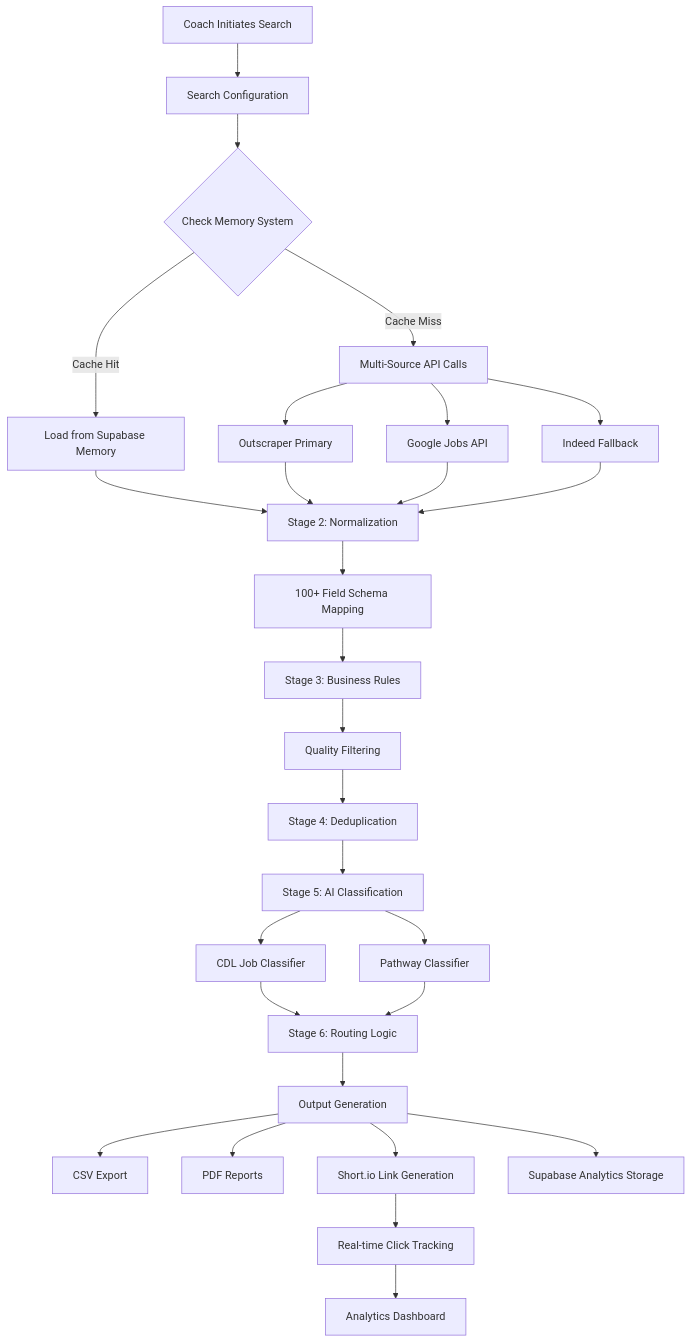
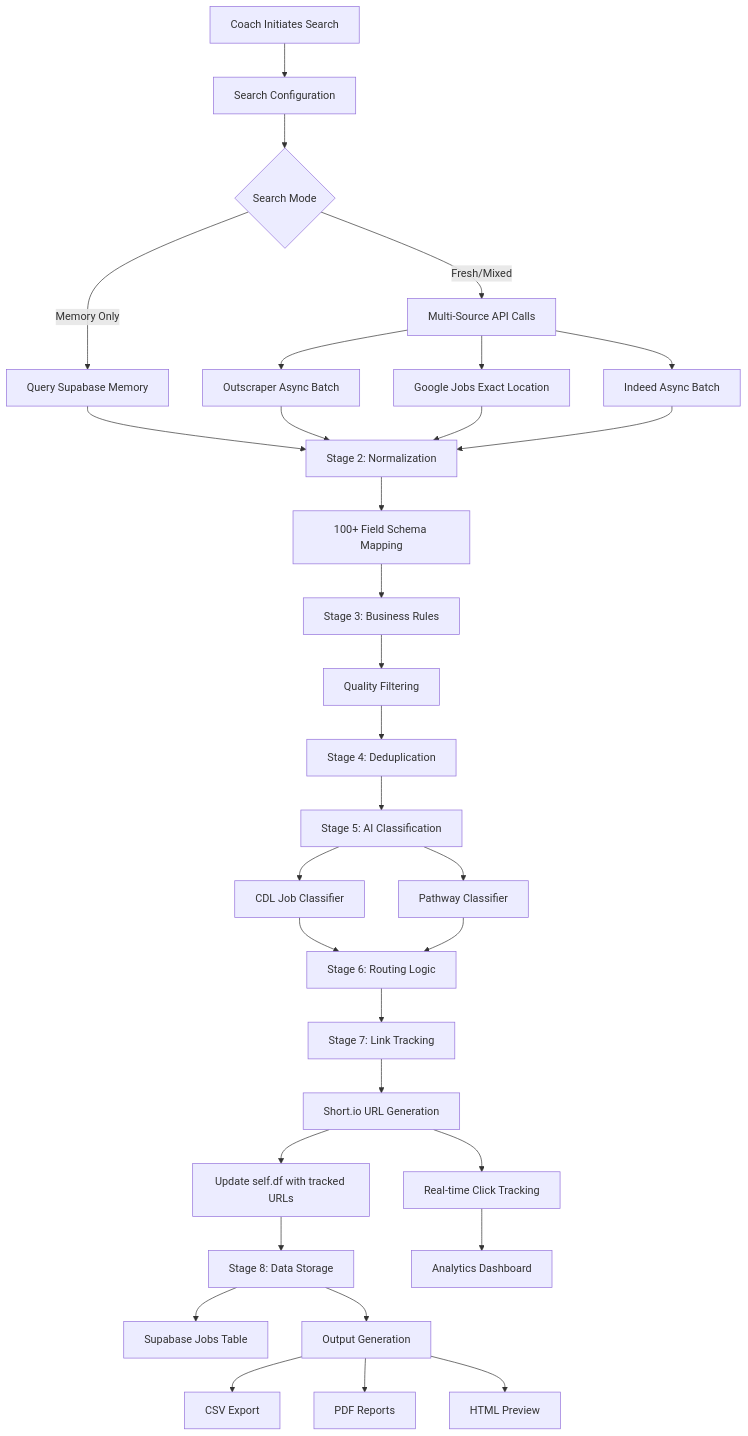
The second of 2 diagrams in CLAUDE.md (hazeltr0n/freeworld-success-coach-portal), drawn with Mermaid before and after one commit. The commit also changed other lines of this file and 1 other file, not shown here.

````diff
--- a/CLAUDE.md
+++ b/CLAUDE.md
@@ -242,41 +411,46 @@
 ```mermaid
 flowchart TD
     START[Coach Initiates Search] --> CONFIG[Search Configuration]
-    CONFIG --> MEMORY_CHECK{Check Memory System}
-
-    MEMORY_CHECK -->|Cache Hit| CACHED[Load from Supabase Memory]
-    MEMORY_CHECK -->|Cache Miss| APIS[Multi-Source API Calls]
-
-    APIS --> OUTSCRAPER[Outscraper Primary]
-    APIS --> GOOGLE[Google Jobs API]
-    APIS --> INDEED[Indeed Fallback]
-
-    CACHED --> NORMALIZE[Stage 2: Normalization]
+    CONFIG --> MODE{Search Mode}
+    
+    MODE -->|Memory Only| MEMORY_SEARCH[Query Supabase Memory]
+    MODE -->|Fresh/Mixed| API_CALL[Multi-Source API Calls]
+    
+    API_CALL --> OUTSCRAPER[Outscraper Async Batch]
+    API_CALL --> GOOGLE[Google Jobs Exact Location]
+    API_CALL --> INDEED[Indeed Async Batch]
+    
+    MEMORY_SEARCH --> NORMALIZE
     OUTSCRAPER --> NORMALIZE
     GOOGLE --> NORMALIZE
     INDEED --> NORMALIZE
-
-    NORMALIZE --> CANONICAL[100+ Field Schema Mapping]
+    
+    NORMALIZE[Stage 2: Normalization] --> CANONICAL[100+ Field Schema Mapping]
     CANONICAL --> RULES[Stage 3: Business Rules]
-
+    
     RULES --> QUALITY[Quality Filtering]
     QUALITY --> DEDUP[Stage 4: Deduplication]
-
+    
     DEDUP --> AI_CLASS[Stage 5: AI Classification]
-
+    
     AI_CLASS --> CDL_AI[CDL Job Classifier]
     AI_CLASS --> PATH_AI[Pathway Classifier]
-
+    
     CDL_AI --> ROUTING[Stage 6: Routing Logic]
     PATH_AI --> ROUTING
-
-    ROUTING --> OUTPUTS[Output Generation]
-
+    
+    ROUTING --> LINK_TRACK[Stage 7: Link Tracking]
+    LINK_TRACK --> SHORTIO[Short.io URL Generation]
+    SHORTIO --> UPDATE_DF[Update self.df with tracked URLs]
+    
+    UPDATE_DF --> STORAGE[Stage 8: Data Storage]
+    STORAGE --> SUPABASE_STORE[Supabase Jobs Table]
+    
+    STORAGE --> OUTPUTS[Output Generation]
     OUTPUTS --> CSV[CSV Export]
     OUTPUTS --> PDF[PDF Reports]
-    OUTPUTS --> TRACKING[Short.io Link Generation]
-    OUTPUTS --> SUPABASE_STORE[Supabase Analytics Storage]
-
-    TRACKING --> CLICK_ANALYTICS[Real-time Click Tracking]
+    OUTPUTS --> HTML[HTML Preview]
+    
+    SHORTIO --> CLICK_ANALYTICS[Real-time Click Tracking]
     CLICK_ANALYTICS --> DASHBOARD[Analytics Dashboard]
 ```
````
